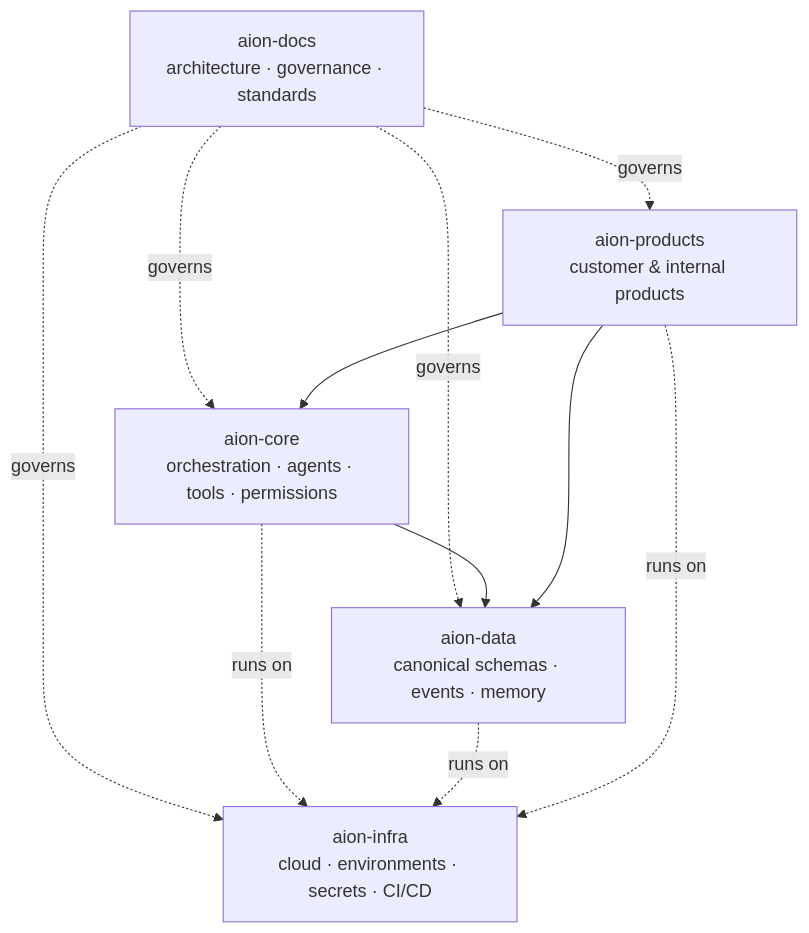
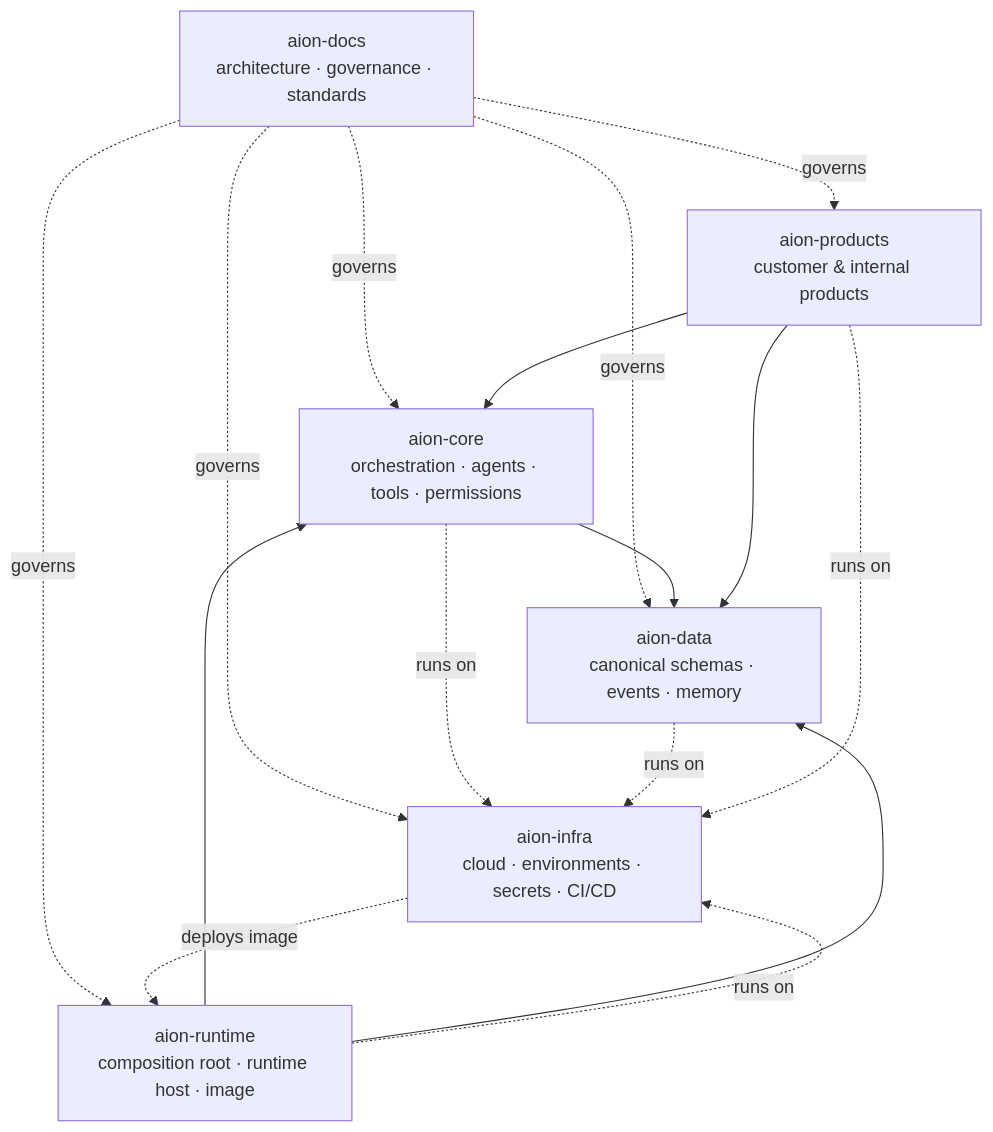
Before and after one commit to Ceoloo/aion-docs: the diagram in repositories/README.md, drawn with Mermaid. The commit also changed other lines of this file and 5 other files, not shown here.

First line of the commit message:
ADR-002: ratify runtime-host ownership — aion-runtime as the sixth canonical repository

````diff
--- a/repositories/README.md
+++ b/repositories/README.md
@@ -10,16 +12,21 @@
 ```mermaid
 flowchart TD
     DOCS["aion-docs<br/>architecture · governance · standards"]
     CORE["aion-core<br/>orchestration · agents · tools · permissions"]
     DATA["aion-data<br/>canonical schemas · events · memory"]
+    RUNTIME["aion-runtime<br/>composition root · runtime host · image"]
     INFRA["aion-infra<br/>cloud · environments · secrets · CI/CD"]
     PROD["aion-products<br/>customer & internal products"]
 
-    DOCS -.governs.-> CORE & DATA & INFRA & PROD
+    DOCS -.governs.-> CORE & DATA & RUNTIME & INFRA & PROD
     CORE --> DATA
+    RUNTIME --> CORE
+    RUNTIME --> DATA
     PROD --> CORE
     PROD --> DATA
     CORE -.runs on.-> INFRA
     DATA -.runs on.-> INFRA
+    RUNTIME -.runs on.-> INFRA
     PROD -.runs on.-> INFRA
+    INFRA -."deploys image".-> RUNTIME
 ```
````
